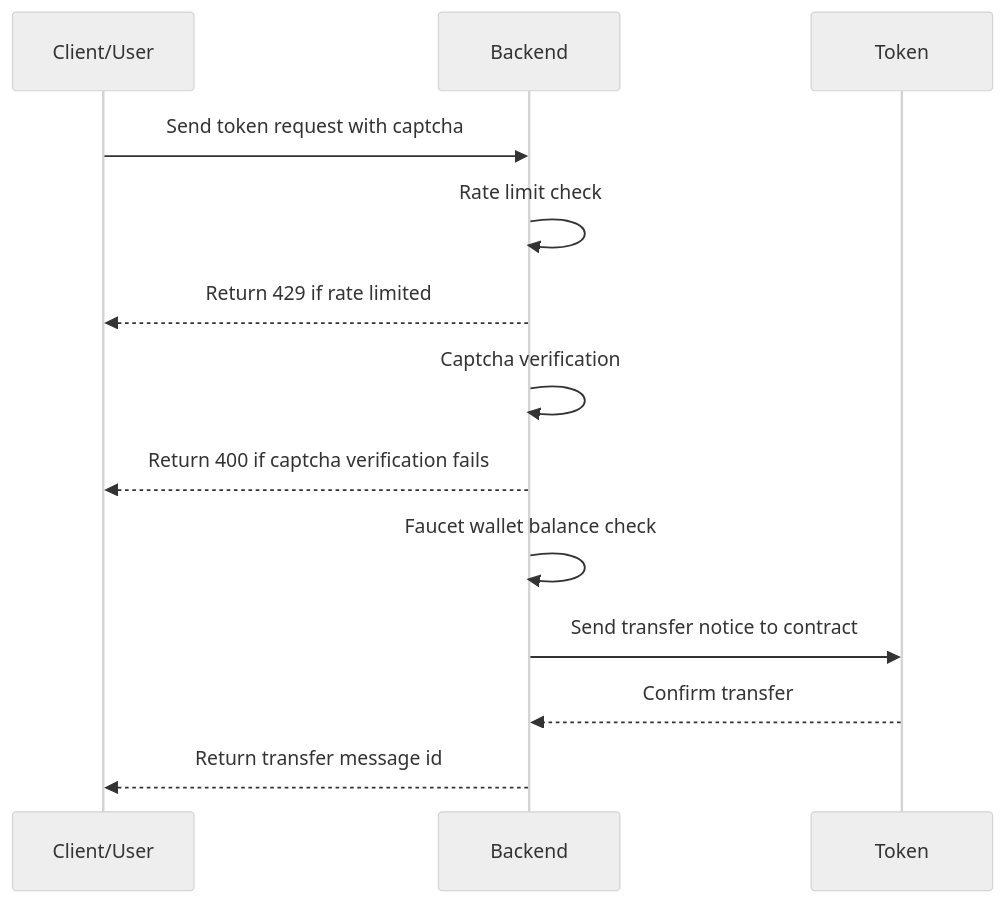
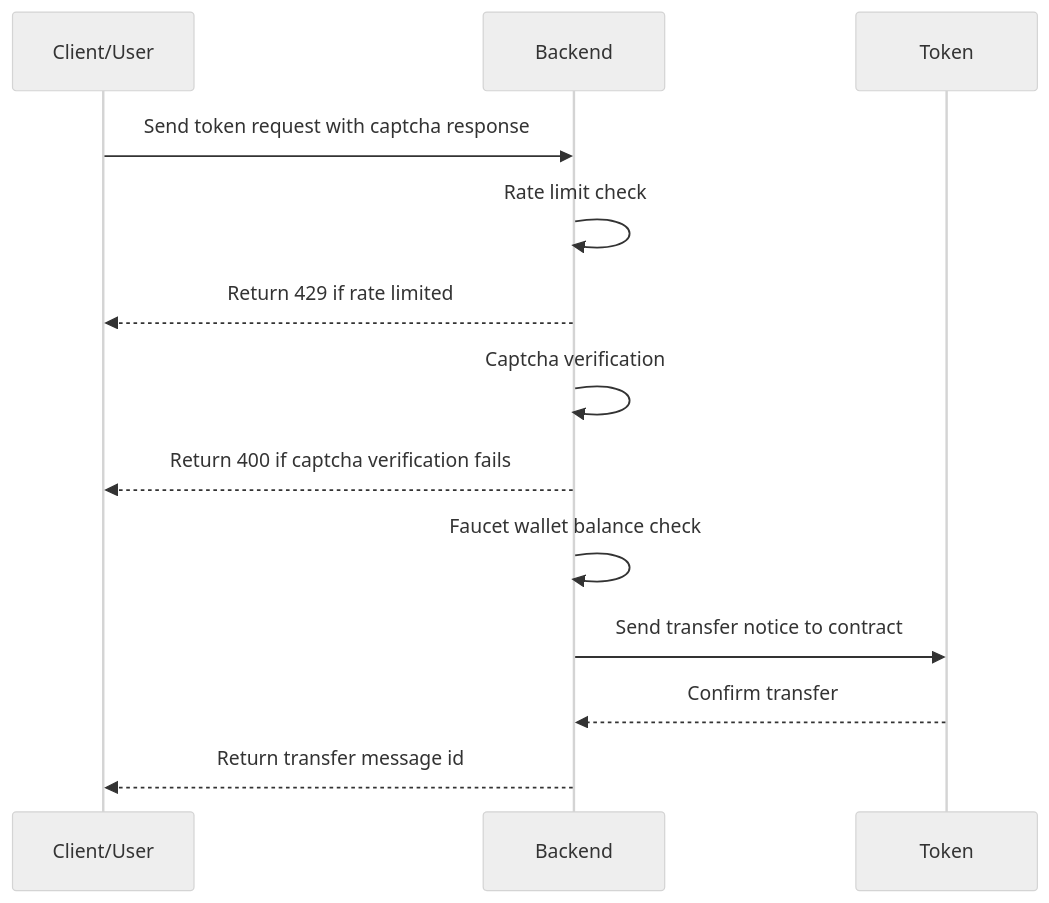
Before and after one commit to ar-io/ar-io-faucet: the first of 2 diagrams in README.md, drawn with Mermaid (neutral theme). The commit also changed other lines of this file and 4 other files, not shown here.

First line of the commit message:
fix(api): update api for request catpcha URL, add test to validate auth token

````diff
--- a/README.md
+++ b/README.md
@@ -20,16 +23,16 @@
 ```mermaid
 sequenceDiagram
     participant Client/User
     participant Backend
     participant Token
 
-    Client/User->>Backend: Send token request with captcha
+    Client/User->>Backend: Send token request with captcha response
     Backend->>Backend: Rate limit check
     Backend-->>Client/User: Return 429 if rate limited
     Backend->>Backend: Captcha verification
     Backend-->>Client/User: Return 400 if captcha verification fails
     Backend->>Backend: Faucet wallet balance check
     Backend->>Token: Send transfer notice to contract
     Token-->>Backend: Confirm transfer
     Backend-->>Client/User: Return transfer message id
 ```
````
